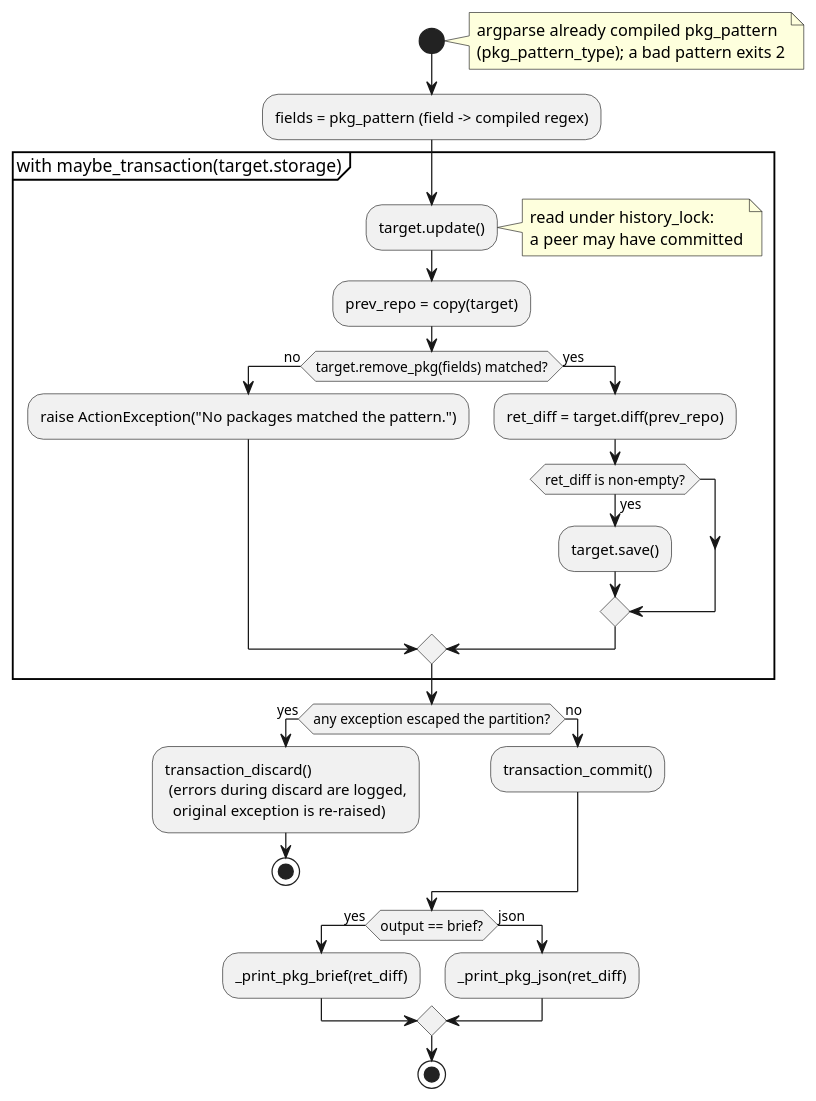
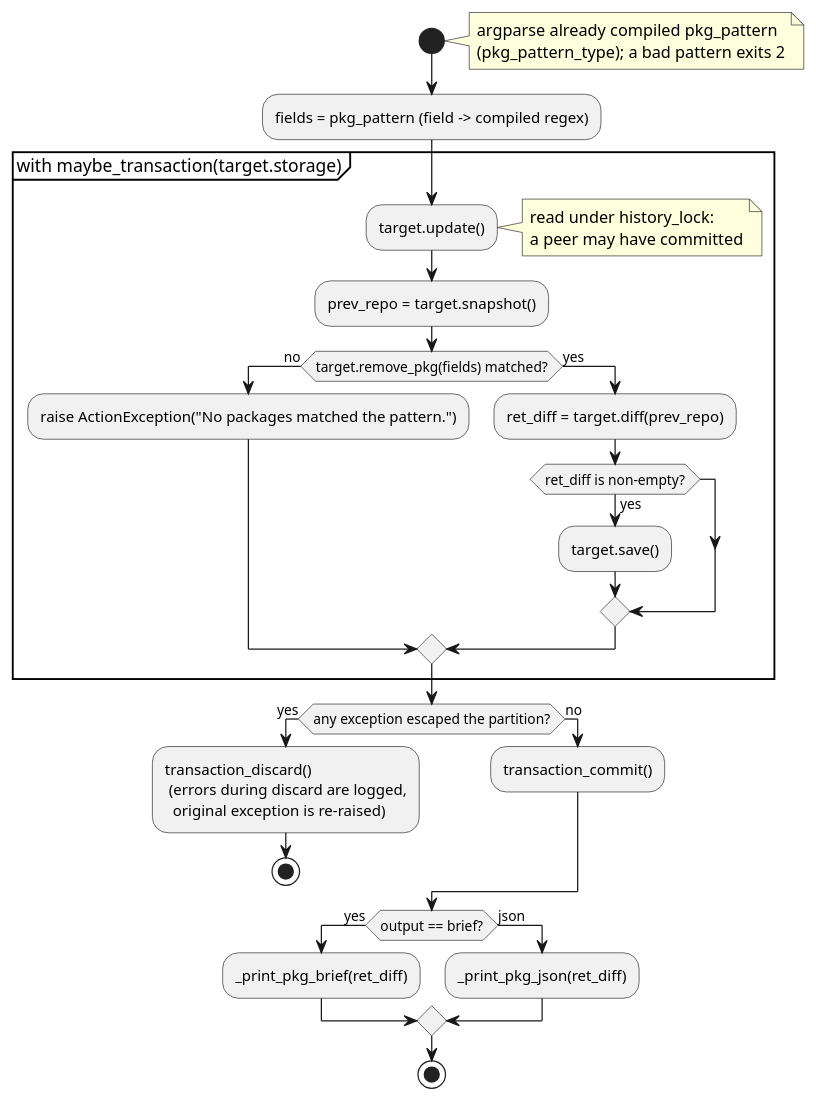
One commit to vinklat/debkit changed the diagram in docs/development/diagrams/action-pkg-remove-activity.puml. Above: the diagram before and after it, drawn with PlantUML. The commit also changed 24 other files, not shown here.

```diff
--- a/docs/development/diagrams/action-pkg-remove-activity.puml
+++ b/docs/development/diagrams/action-pkg-remove-activity.puml
@@ -1,39 +1,39 @@
 @startuml
 start
 note right
   argparse already compiled pkg_pattern
   (pkg_pattern_type); a bad pattern exits 2
 end note
 
 :fields = pkg_pattern (field -> compiled regex);
 
 partition "with maybe_transaction(target.storage)" {
   :target.update();
   note right: read under history_lock:\na peer may have committed
-  :prev_repo = copy(target);
+  :prev_repo = target.snapshot();
   if (target.remove_pkg(fields) matched?) then (no)
     :raise ActionException("No packages matched the pattern.");
   else (yes)
     :ret_diff = target.diff(prev_repo);
     if (ret_diff is non-empty?) then (yes)
       :target.save();
     endif
   endif
 }
 
 if (any exception escaped the partition?) then (yes)
   :transaction_discard()
    (errors during discard are logged,
     original exception is re-raised);
   stop
 else (no)
   :transaction_commit();
 endif
 
 if (output == brief?) then (yes)
   :_print_pkg_brief(ret_diff);
 else (json)
   :_print_pkg_json(ret_diff);
 endif
 stop
 @enduml
```
